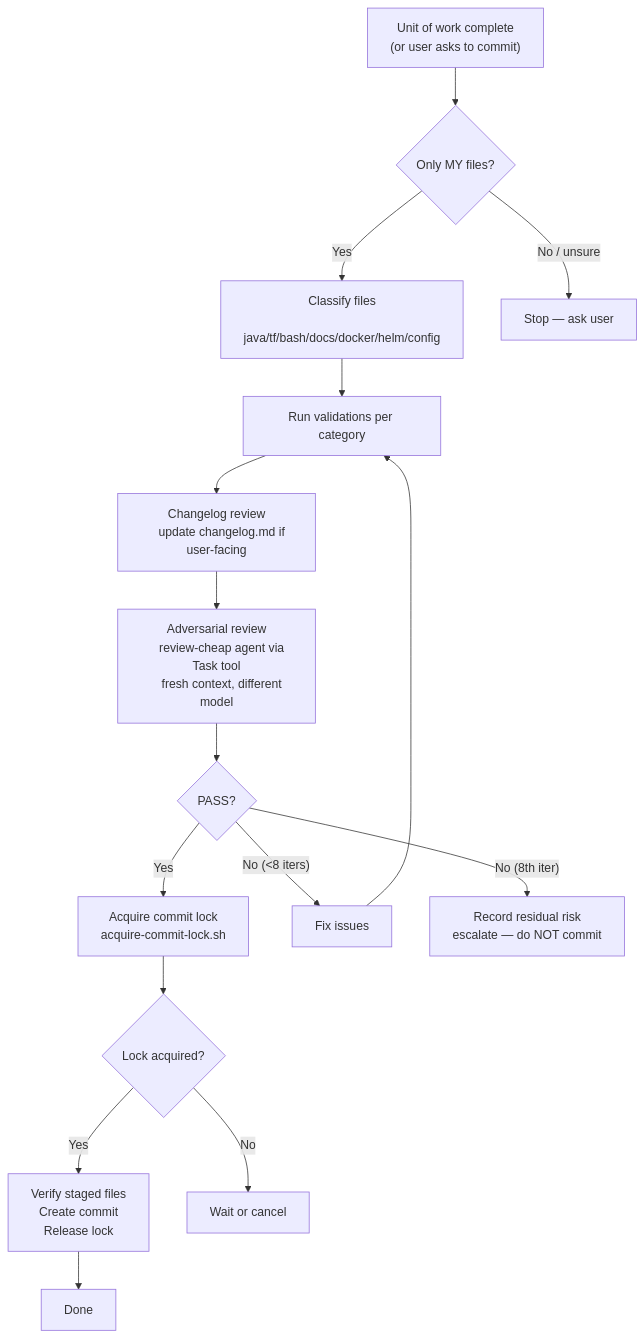
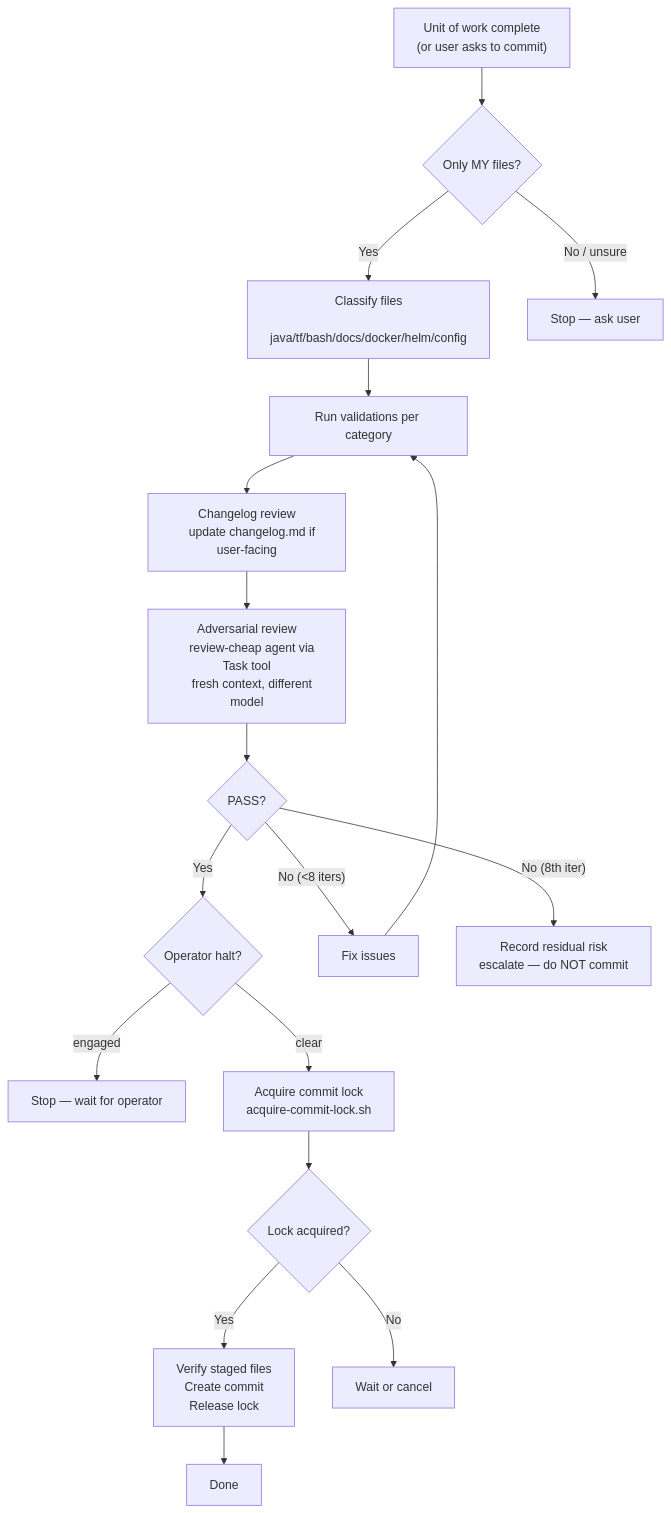
The diagram in .opencode/rules/commit-workflow.md (sean8601/mockserver-monorepo), drawn with Mermaid before and after one commit. The commit also changed other lines of this file and 4 other files, not shown here.

First line of the commit message:
feat(opencode): add operator halt / kill-switch

````diff
--- a/.opencode/rules/commit-workflow.md
+++ b/.opencode/rules/commit-workflow.md
@@ -214,26 +215,28 @@
 ```mermaid
 flowchart TD
     A["Unit of work complete
     (or user asks to commit)"] --> B{Only MY files?}
     B -->|Yes| C["Classify files
     java/tf/bash/docs/docker/helm/config"]
     B -->|No / unsure| STOP["Stop — ask user"]
     C --> D["Run validations per category"]
     D --> CL["Changelog review
     update changelog.md if user-facing"]
     CL --> E["Adversarial review
     review-cheap agent via Task tool
     fresh context, different model"]
     E --> F{PASS?}
-    F -->|Yes| G["Acquire commit lock
+    F -->|Yes| HALT{"Operator halt?"}
+    HALT -->|"engaged"| HSTOP["Stop — wait for operator"]
+    HALT -->|"clear"| G["Acquire commit lock
     acquire-commit-lock.sh"]
     F -->|"No (<8 iters)"| H["Fix issues"] --> D
     F -->|"No (8th iter)"| CAP["Record residual risk
     escalate — do NOT commit"]
     G --> I{Lock acquired?}
     I -->|Yes| J["Verify staged files
     Create commit
     Release lock"]
     I -->|No| WAIT["Wait or cancel"]
     J --> DONE["Done"]
 ```
````
